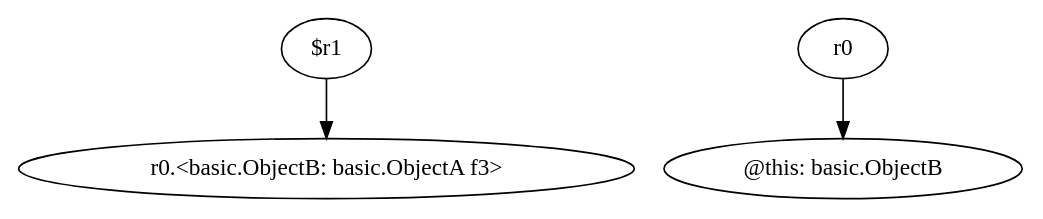
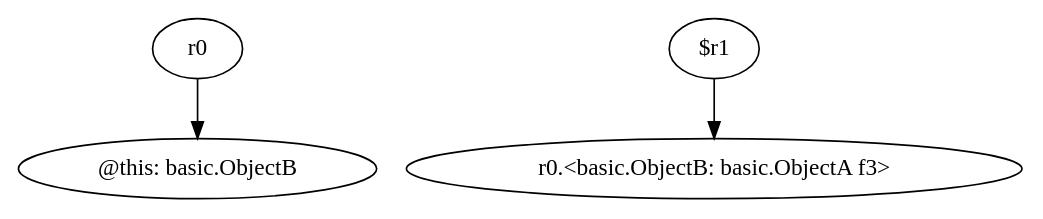
Before and after one commit to SeanCoek/zString: the diagram in relation/<basic.ObjectB: basic.ObjectA getA()>.dot, drawn with Graphviz. The commit also changed 86 other files, not shown here.

```diff
--- a/relation/<basic.ObjectB: basic.ObjectA getA()>.dot
+++ b/relation/<basic.ObjectB: basic.ObjectA getA()>.dot
@@ -1,8 +1,8 @@
 digraph g {
-0[label="$r1"]
-1[label="r0.<basic.ObjectB: basic.ObjectA f3>"]
+0[label="r0"]
+1[label="@this: basic.ObjectB"]
 0->1[label=""]
-2[label="r0"]
-3[label="@this: basic.ObjectB"]
+2[label="$r1"]
+3[label="r0.<basic.ObjectB: basic.ObjectA f3>"]
 2->3[label=""]
 }
```
